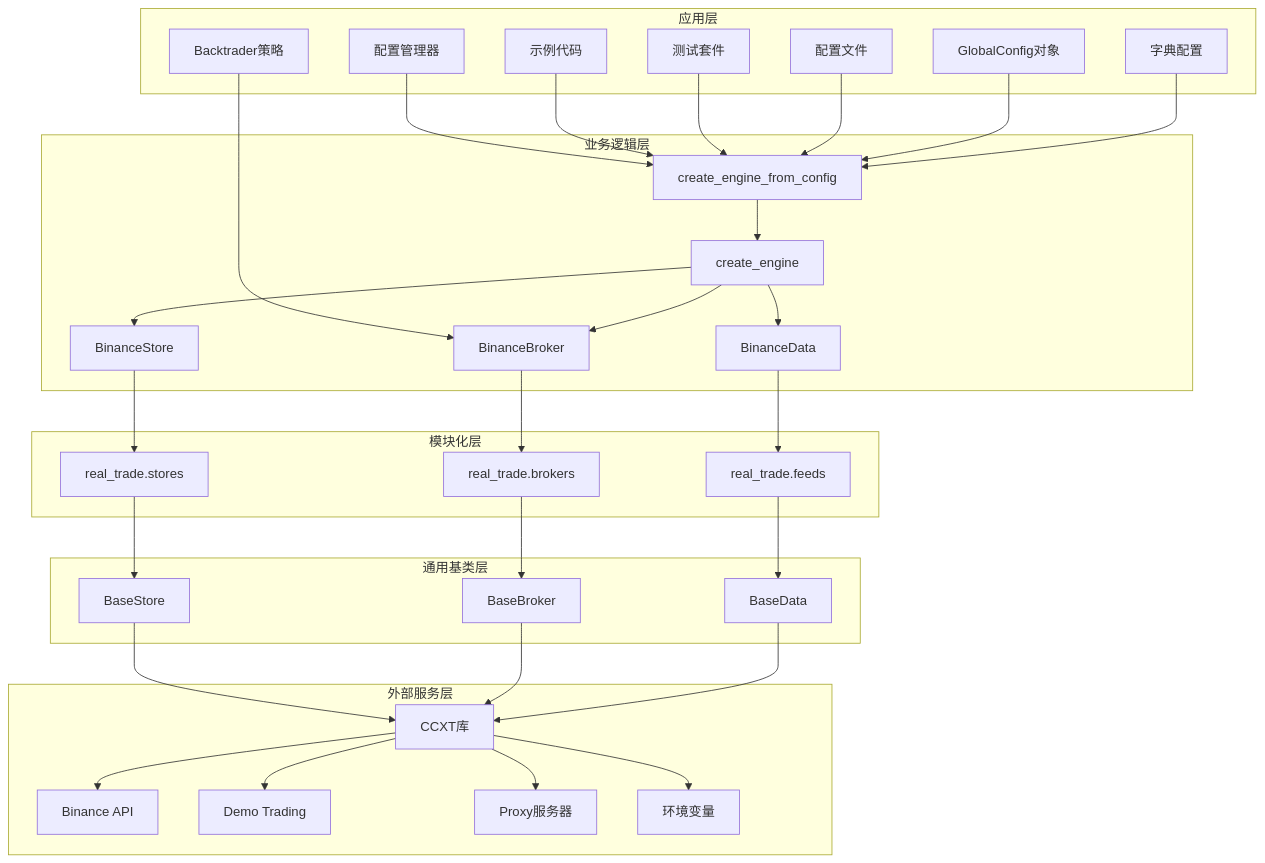
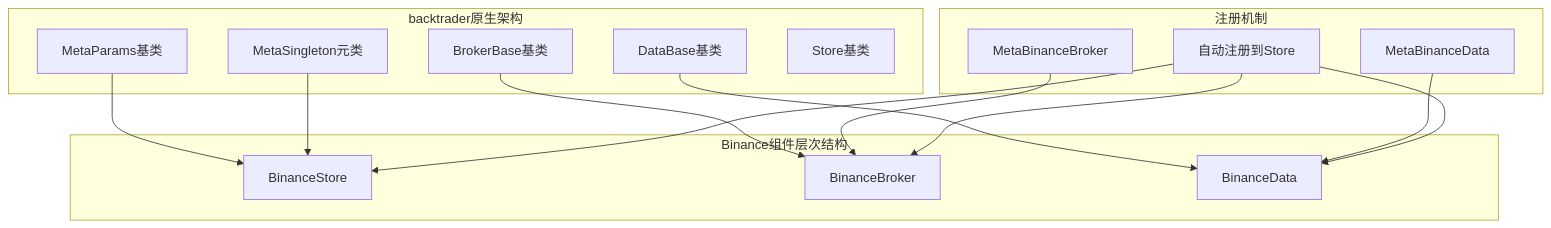
The second of 3 diagrams in .qoder/repowiki/zh/content/实盘交易模块/Binance交易所集成/Binance交易所集成.md (bench-prog/backtrader), drawn with Mermaid before and after one commit. The commit also changed other lines of this file and 23 other files, not shown here.

````diff
--- a/.qoder/repowiki/zh/content/实盘交易模块/Binance交易所集成/Binance交易所集成.md
+++ b/.qoder/repowiki/zh/content/实盘交易模块/Binance交易所集成/Binance交易所集成.md
@@ -148,60 +140,29 @@
 ```mermaid
 graph TB
-subgraph "应用层"
-A[Backtrader策略]
-B[配置管理器]
-C[示例代码]
-D[测试套件]
-E[配置文件]
-F[GlobalConfig对象]
-G[字典配置]
+subgraph "backtrader原生架构"
+A[MetaParams基类]
+B[MetaSingleton元类]
+C[BrokerBase基类]
+D[DataBase基类]
+E[Store基类]
 end
-subgraph "业务逻辑层"
-H[create_engine_from_config]
-I[create_engine]
-J[BinanceStore]
-K[BinanceBroker]
-L[BinanceData]
+subgraph "Binance组件层次结构"
+F[BinanceStore]
+G[BinanceBroker]
+H[BinanceData]
 end
-subgraph "模块化层"
-M[real_trade.stores]
-N[real_trade.brokers]
-O[real_trade.feeds]
+subgraph "注册机制"
+I[MetaBinanceBroker]
+J[MetaBinanceData]
+K[自动注册到Store]
 end
-subgraph "通用基类层"
-P[BaseStore]
-Q[BaseBroker]
-R[BaseData]
-end
-subgraph "外部服务层"
-S[CCXT库]
-T[Binance API]
-U[Demo Trading]
-V[Proxy服务器]
-W[环境变量]
-end
-A --> K
-B --> H
-C --> H
+A --> F
+B --> F
+C --> G
 D --> H
-E --> H
-F --> H
-G --> H
-H --> I
-I --> J
-I --> K
-I --> L
-J --> M
-K --> N
-L --> O
-M --> P
-N --> Q
-O --> R
-P --> S
-Q --> S
-R --> S
-S --> T
-S --> U
-S --> V
-S --> W
+I --> G
+J --> H
+K --> F
+K --> G
+K --> H
 ```
````
